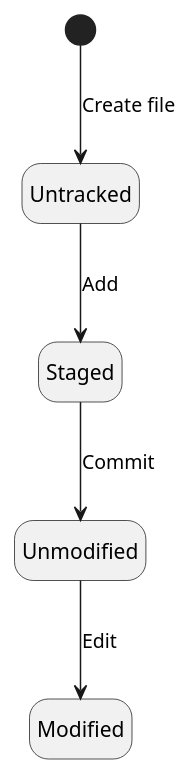
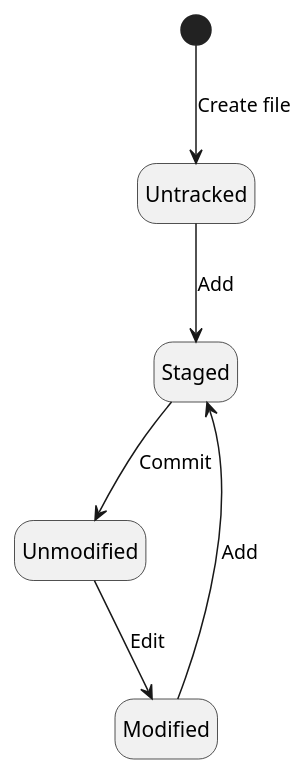
The fourth of 5 diagrams in Assignment3/usecases.puml (Nickromancer/assignment-03-GR35), drawn with PlantUML before and after one commit. The commit also changed other lines of this file, not shown here.

Commit message:
UMl diagram to exercise 5

```diff
--- a/Assignment3/usecases.puml
+++ b/Assignment3/usecases.puml
@@ -47,9 +62,10 @@
 @startuml
 hide empty description
 
 [*] --> Untracked : Create file
 Untracked --> Staged : Add
 Staged --> Unmodified : Commit
 Unmodified --> Modified : Edit
+Modified --> Staged : Add
 
 @enduml
```
